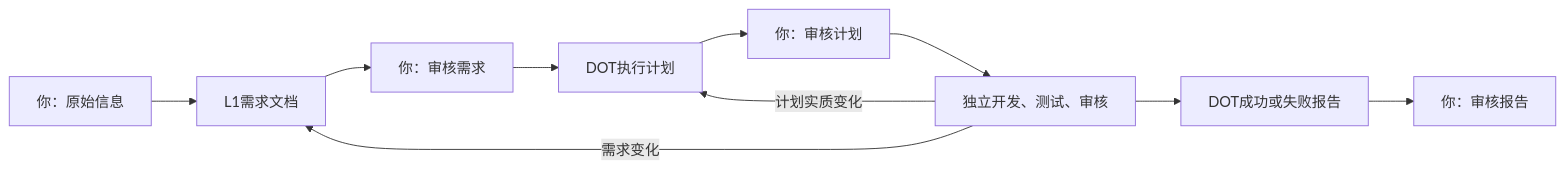
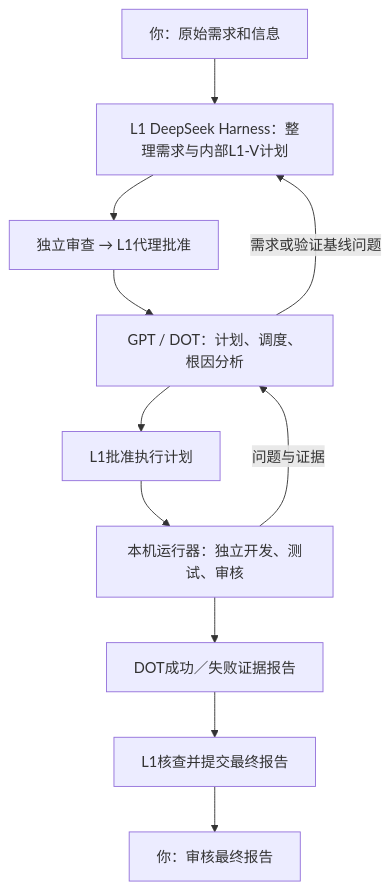
The diagram in README.md (Merrychen-CMY/AI-Programming-Workflow), drawn with Mermaid before and after one commit. The commit also changed other lines of this file and 89 other files, not shown here.

Commit message:
feat: delegate baseline approval to L1 and add GPT DOT bridge

````diff
--- a/README.md
+++ b/README.md
@@ -5,12 +5,13 @@
 ```mermaid
-flowchart LR
- U[你：原始信息] --> L[L1需求文档]
- L --> A[你：审核需求]
- A --> P[DOT执行计划]
- P --> B[你：审核计划]
- B --> E[独立开发、测试、审核]
- E --> R[DOT成功或失败报告]
- R --> C[你：审核报告]
- E -->|需求变化| L
- E -->|计划实质变化| P
+flowchart TD
+ U[你：原始需求和信息] --> L[L1 DeepSeek Harness：整理需求与内部L1-V计划]
+ L --> R[独立审查 → L1代理批准]
+ R --> D[GPT / DOT：计划、调度、根因分析]
+ D --> P[L1批准执行计划]
+ P --> E[本机运行器：独立开发、测试、审核]
+ E -->|问题与证据| D
+ D -->|需求或验证基线问题| L
+ E --> F[DOT成功／失败证据报告]
+ F --> S[L1核查并提交最终报告]
+ S --> H[你：审核最终报告]
 ```
````
